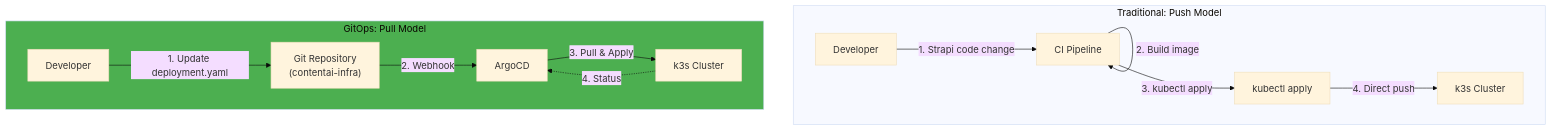
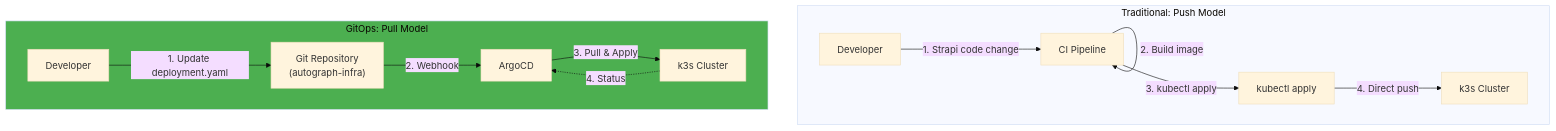
The third of 10 diagrams in DevOps/02-Engineering/05-GitOps.md (PearlThoughtsInternship/Internship-Obsidian-Vault), drawn with Mermaid (base theme) before and after one commit. The commit also changed other lines of this file and 7 other files, not shown here.

````diff
--- a/DevOps/02-Engineering/05-GitOps.md
+++ b/DevOps/02-Engineering/05-GitOps.md
@@ -69,28 +69,28 @@
 ```mermaid
 flowchart TB
     subgraph Traditional["Traditional: Push Model"]
         Dev1["Developer"]
         CI1["CI Pipeline"]
         Push1["kubectl apply"]
         K8S1["k3s Cluster"]
 
         Dev1 -->|"1. Strapi code change"| CI1
         CI1 -->|"2. Build image"| CI1
         CI1 -->|"3. kubectl apply"| Push1
         Push1 -->|"4. Direct push"| K8S1
     end
 
     subgraph GitOps["GitOps: Pull Model"]
         Dev2["Developer"]
-        Git["Git Repository\n(contentai-infra)"]
+        Git["Git Repository\n(autograph-infra)"]
         Argo["ArgoCD"]
         K8S2["k3s Cluster"]
 
         Dev2 -->|"1. Update deployment.yaml"| Git
         Git -->|"2. Webhook"| Argo
         Argo -->|"3. Pull & Apply"| K8S2
         K8S2 -.->|"4. Status"| Argo
     end
 
     style GitOps fill:#4CAF50
 ```
````
